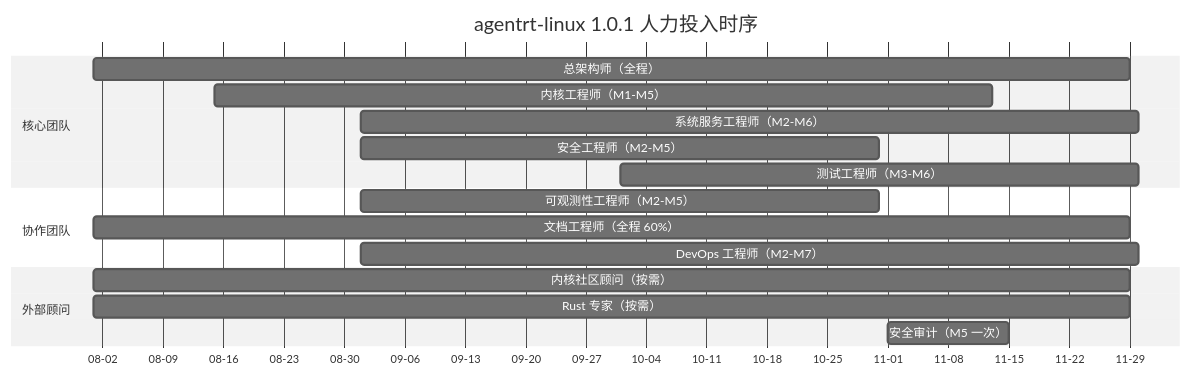
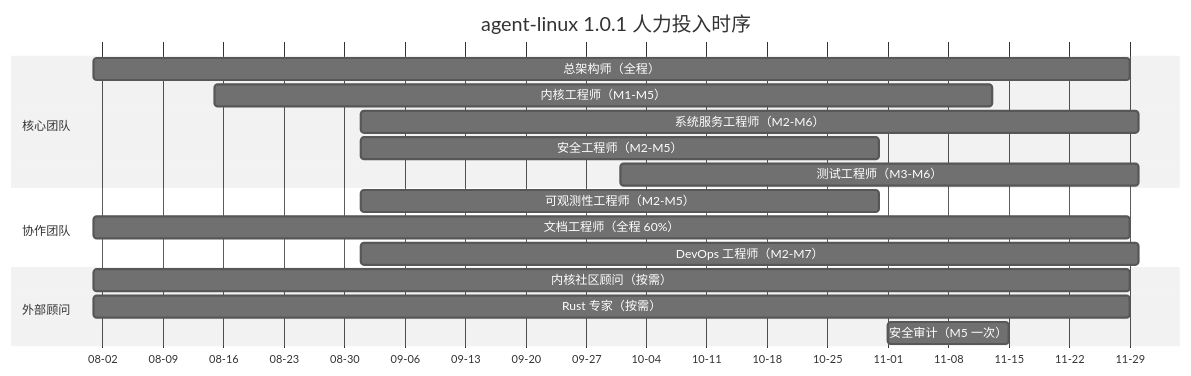
Before and after one commit to openairymax/docs-linux: the third of 5 diagrams in 130-roadmap/03-resource-estimation.md, drawn with Mermaid (neutral theme). The commit also changed other lines of this file and 172 other files, not shown here.

Commit message:
docs: rename agentrt-linux to agent-linux across docs v0.1.3 双工程结构：agentrt-linux 改名 agent-linux。docs 全仓 186 个 文件中的 agentrt-linux 引用统一为 agent-linux（AirymaxOS 工程名/ URL/路径引用；commit hash 与历史不变）。

````diff
--- a/130-roadmap/03-resource-estimation.md
+++ b/130-roadmap/03-resource-estimation.md
@@ -179,20 +179,20 @@
 ```mermaid
 gantt
-    title agentrt-linux 1.0.1 人力投入时序
+    title agent-linux 1.0.1 人力投入时序
     dateFormat  YYYY-MM-DD
     axisFormat  %m-%d
     section 核心团队
     总架构师（全程）        :a1, 2026-08-01, 120d
     内核工程师（M1-M5）     :a2, 2026-08-15, 90d
     系统服务工程师（M2-M6） :a3, 2026-09-01, 90d
     安全工程师（M2-M5）     :a4, 2026-09-01, 60d
     测试工程师（M3-M6）     :a5, 2026-10-01, 60d
     section 协作团队
     可观测性工程师（M2-M5） :b1, 2026-09-01, 60d
     文档工程师（全程 60%）  :b2, 2026-08-01, 120d
     DevOps 工程师（M2-M7）  :b3, 2026-09-01, 90d
     section 外部顾问
     内核社区顾问（按需）    :c1, 2026-08-01, 120d
     Rust 专家（按需）       :c2, 2026-08-01, 120d
     安全审计（M5 一次）     :c3, 2026-11-01, 14d
 ```
````
